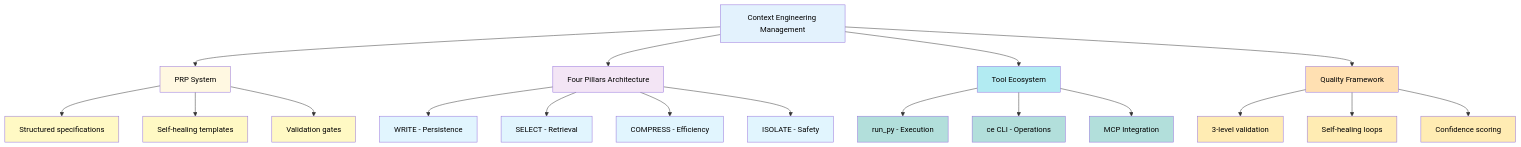
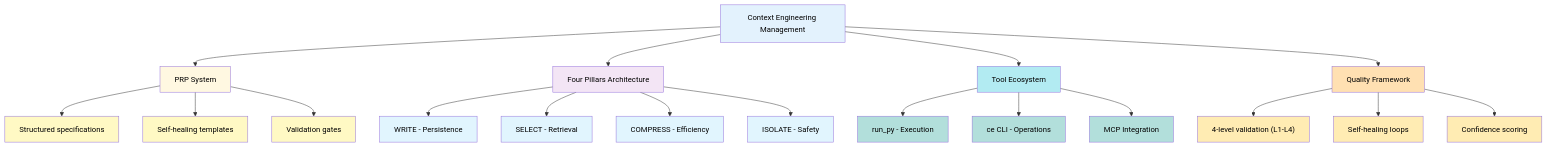
The first of 11 diagrams in PRPs/Model.md (bprzybys-nc/ctx-eng-plus), drawn with Mermaid before and after one commit. The commit also changed other lines of this file and 1 other file, not shown here.

````diff
--- a/PRPs/Model.md
+++ b/PRPs/Model.md
@@ -29,44 +29,44 @@
 ```mermaid
 graph TB
     A["Context Engineering Management"]
 
     A --> B["PRP System"]
     B --> B1["Structured specifications"]
     B --> B2["Self-healing templates"]
     B --> B3["Validation gates"]
 
     A --> C["Four Pillars Architecture"]
     C --> C1["WRITE - Persistence"]
     C --> C2["SELECT - Retrieval"]
     C --> C3["COMPRESS - Efficiency"]
     C --> C4["ISOLATE - Safety"]
 
     A --> D["Tool Ecosystem"]
     D --> D1["run_py - Execution"]
     D --> D2["ce CLI - Operations"]
     D --> D3["MCP Integration"]
 
     A --> E["Quality Framework"]
-    E --> E1["3-level validation"]
+    E --> E1["4-level validation (L1-L4)"]
     E --> E2["Self-healing loops"]
     E --> E3["Confidence scoring"]
 
     style A fill:#e3f2fd,color:#000
     style B fill:#fff8e1,color:#000
     style C fill:#f3e5f5,color:#000
     style D fill:#b2ebf2,color:#000
     style E fill:#ffe0b2,color:#000
     style B1 fill:#fff9c4,color:#000
     style B2 fill:#fff9c4,color:#000
     style B3 fill:#fff9c4,color:#000
     style C1 fill:#e1f5fe,color:#000
     style C2 fill:#e1f5fe,color:#000
     style C3 fill:#e1f5fe,color:#000
     style C4 fill:#e1f5fe,color:#000
     style D1 fill:#b2dfdb,color:#000
     style D2 fill:#b2dfdb,color:#000
     style D3 fill:#b2dfdb,color:#000
     style E1 fill:#ffecb3,color:#000
     style E2 fill:#ffecb3,color:#000
     style E3 fill:#ffecb3,color:#000
 ```
````
